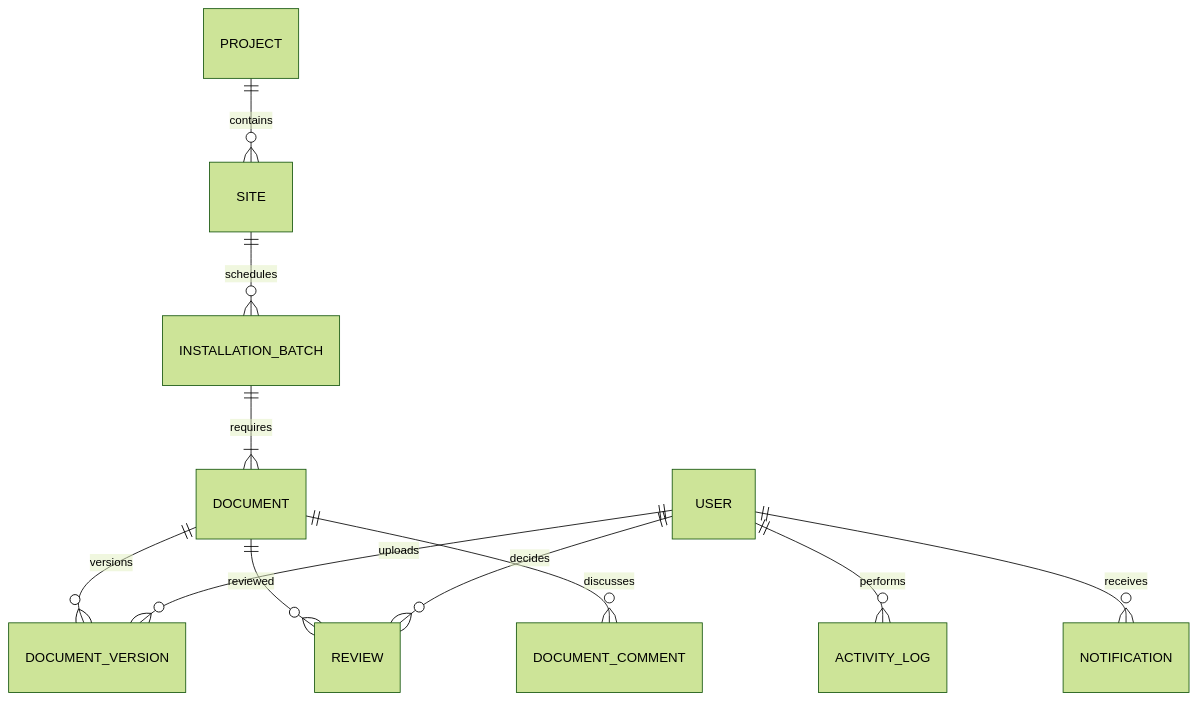
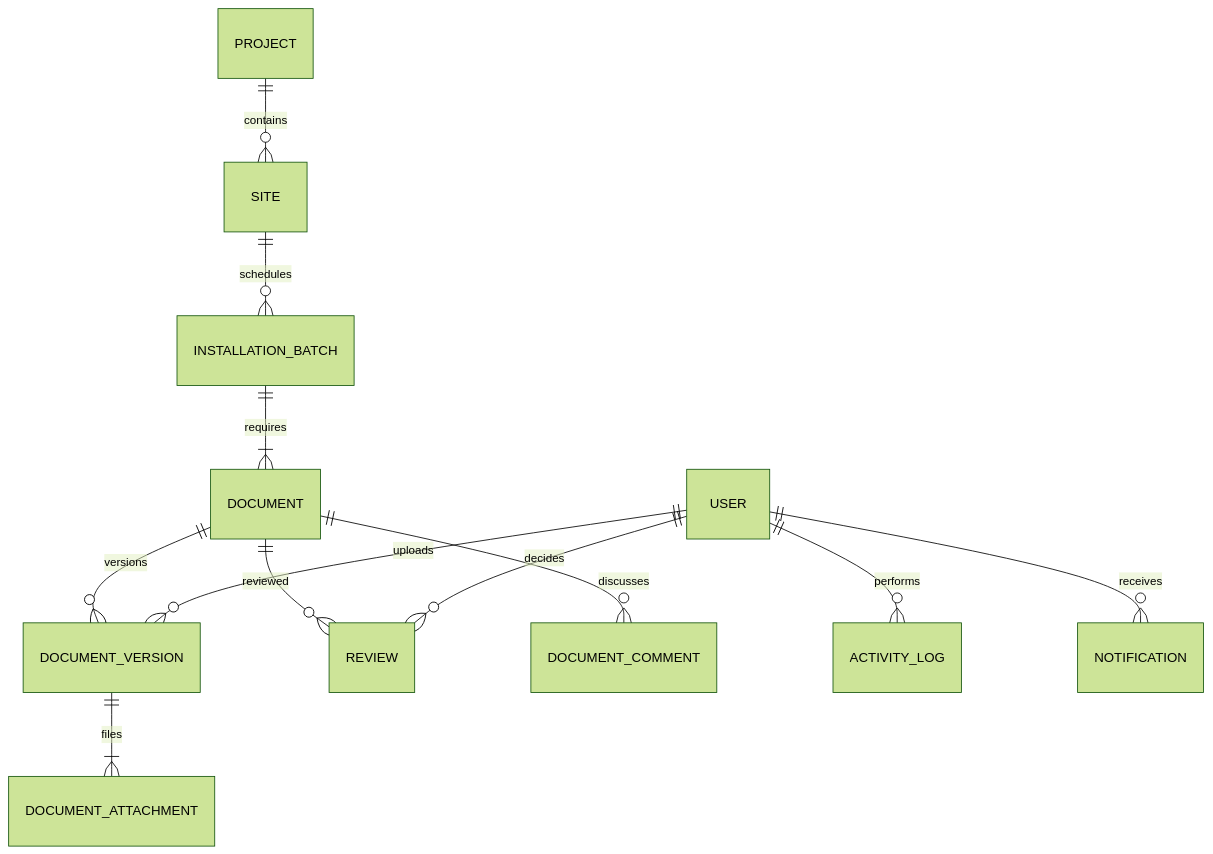
Before and after one commit to Edwinmohamad/triplee-dwdm-dms: the third of 4 diagrams in ARCHITECTURE.md, drawn with Mermaid (forest theme). The commit also changed other lines of this file and 14 other files, not shown here.

````diff
--- a/ARCHITECTURE.md
+++ b/ARCHITECTURE.md
@@ -32,13 +33,14 @@
 ```mermaid
 erDiagram
     PROJECT ||--o{ SITE : contains
     SITE ||--o{ INSTALLATION_BATCH : schedules
     INSTALLATION_BATCH ||--|{ DOCUMENT : requires
     DOCUMENT ||--o{ DOCUMENT_VERSION : versions
+    DOCUMENT_VERSION ||--|{ DOCUMENT_ATTACHMENT : files
     DOCUMENT ||--o{ REVIEW : reviewed
     DOCUMENT ||--o{ DOCUMENT_COMMENT : discusses
     USER ||--o{ DOCUMENT_VERSION : uploads
     USER ||--o{ REVIEW : decides
     USER ||--o{ ACTIVITY_LOG : performs
     USER ||--o{ NOTIFICATION : receives
 ```
````
